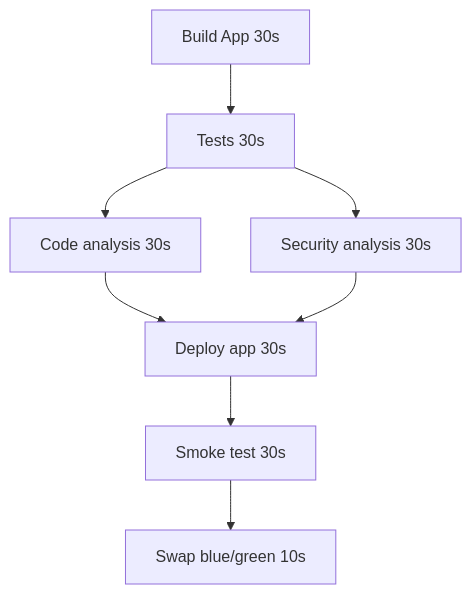
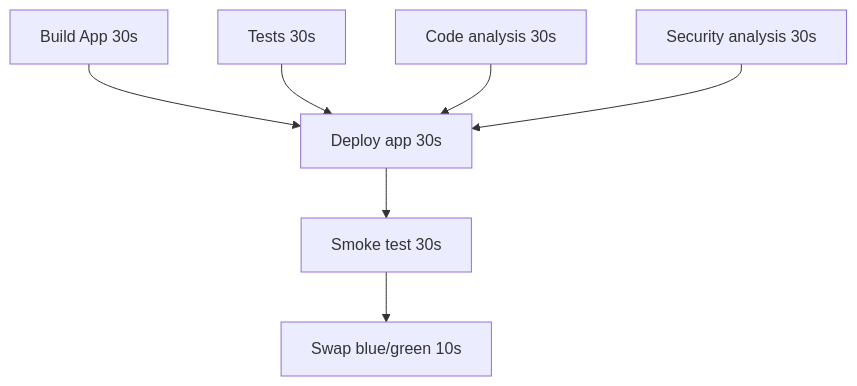
One commit to samsmithnz/ParallelPipelinesDemo changed the second of 2 diagrams in README.md. Above: the diagram before and after it, drawn with Mermaid.

````diff
--- a/README.md
+++ b/README.md
@@ -11,8 +11,9 @@
 ```mermaid
   graph TD;
-      buildApp[Build App 30s]-->tests[Tests 30s];
-      tests[Tests 30s]-->codeAnalysis[Code analysis 30s]-->deployApp[Deploy app 30s];
-      tests[Tests 30s]-->securityAnalysis[Security analysis 30s]-->deployApp[Deploy app 30s];
+      buildApp[Build App 30s]-->deployApp[Deploy app 30s];
+      tests[Tests 30s]-->deployApp[Deploy app 30s];
+      codeAnalysis[Code analysis 30s]-->deployApp[Deploy app 30s];
+      securityAnalysis[Security analysis 30s]-->deployApp[Deploy app 30s];
       deployApp[Deploy app 30s]-->smoke[Smoke test 30s];
       smoke[Smoke test 30s]-->swap[Swap blue/green 10s];
 ```
````
